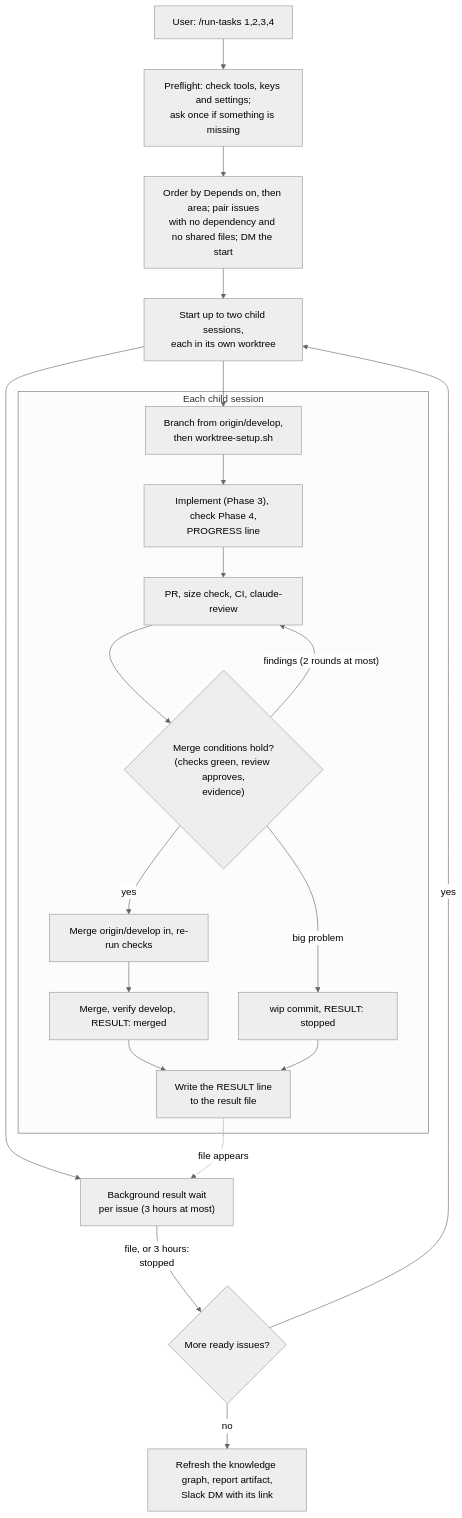
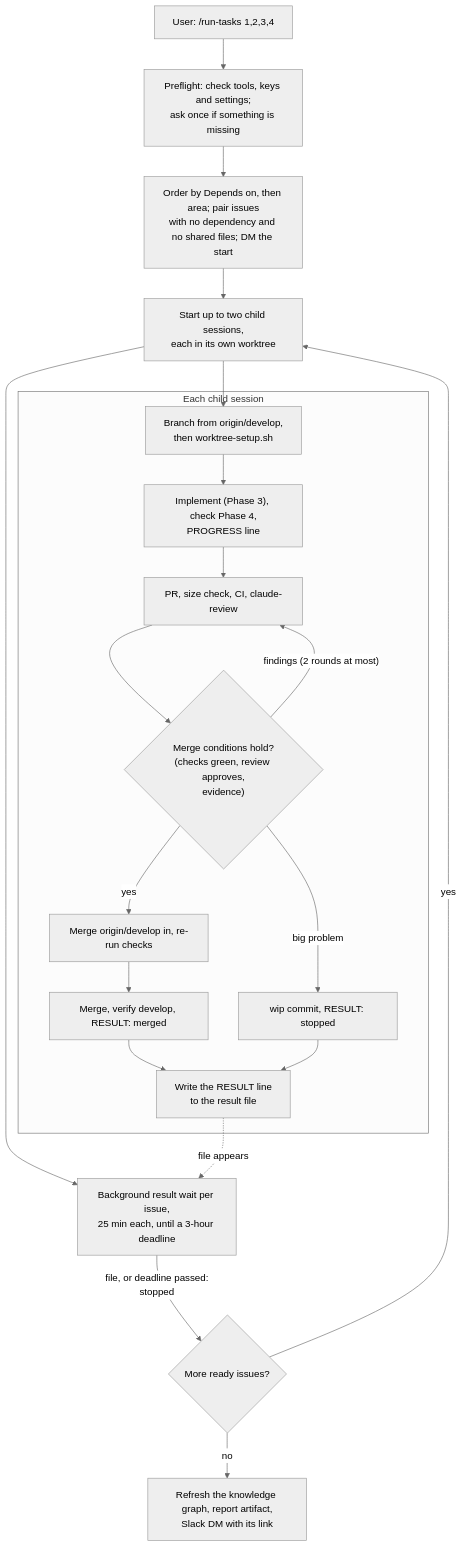
Before and after one commit to huynguyennang-agilityio/claude-code-training: the fifth of 5 diagrams in docs/workflow.md, drawn with Mermaid (neutral theme). The commit also changed other lines of this file and 1 other file, not shown here.

Commit message:
chore(infra): result wait survives Bash background limits
Each result wait now runs at most 25 minutes and is started again until
a per-issue 3-hour deadline file says the issue has run out, so a wait
stopped by the tool is never read as "no RESULT within 3 hours". The
review watch runs with an explicit 10-minute timeout, a returned
fallback subagent without a file counts as stopped, and the step 4 stop
path writes the result file too (review round 1 of PR #208).

````diff
--- a/docs/workflow.md
+++ b/docs/workflow.md
@@ -121,23 +121,23 @@
 ```mermaid
 flowchart TD
     A["User: /run-tasks 1,2,3,4"] --> PF["Preflight: check tools, keys and settings;<br/>ask once if something is missing"]
     PF --> O["Order by Depends on, then area; pair issues<br/>with no dependency and no shared files; DM the start"]
     O --> C["Start up to two child sessions,<br/>each in its own worktree"]
     subgraph child ["Each child session"]
       W["Branch from origin/develop,<br/>then worktree-setup.sh"] --> I["Implement (Phase 3), check Phase 4,<br/>PROGRESS line"]
       I --> P["PR, size check, CI, claude-review"]
       P --> F{"Merge conditions hold?<br/>(checks green, review approves,<br/>evidence)"}
       F -- "findings (2 rounds at most)" --> P
       F -- yes --> D["Merge origin/develop in, re-run checks"]
       D --> M["Merge, verify develop, RESULT: merged"]
       F -- "big problem" --> S["wip commit, RESULT: stopped"]
       M --> RF["Write the RESULT line<br/>to the result file"]
       S --> RF
     end
     C --> W
-    C --> RW["Background result wait<br/>per issue (3 hours at most)"]
+    C --> RW["Background result wait per issue,<br/>25 min each, until a 3-hour deadline"]
     RF -. "file appears" .-> RW
-    RW -- "file, or 3 hours:<br/>stopped" --> N{"More ready issues?"}
+    RW -- "file, or deadline passed:<br/>stopped" --> N{"More ready issues?"}
     N -- yes --> C
     N -- no --> E["Refresh the knowledge graph, report artifact,<br/>Slack DM with its link"]
 ```
````
